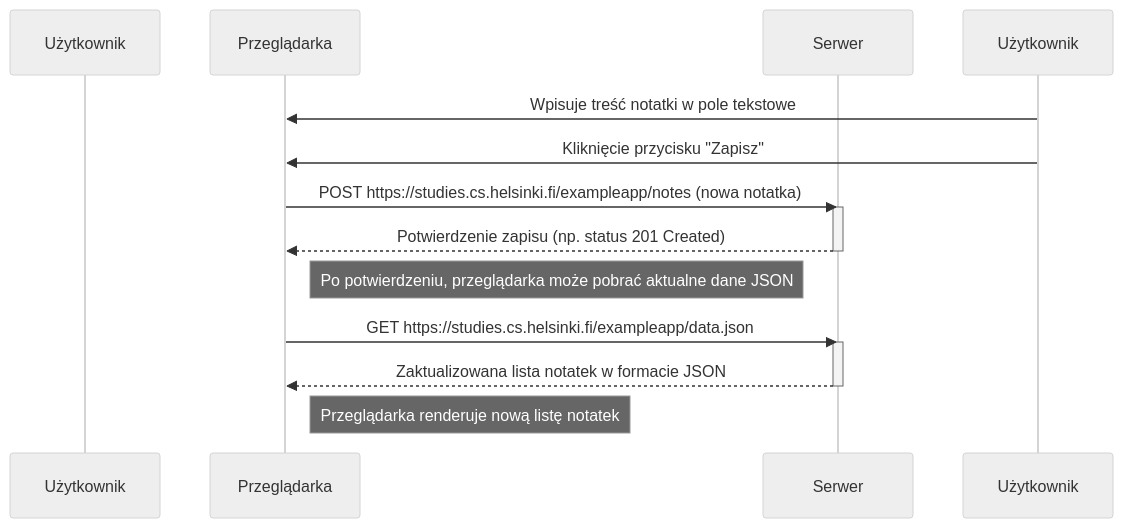
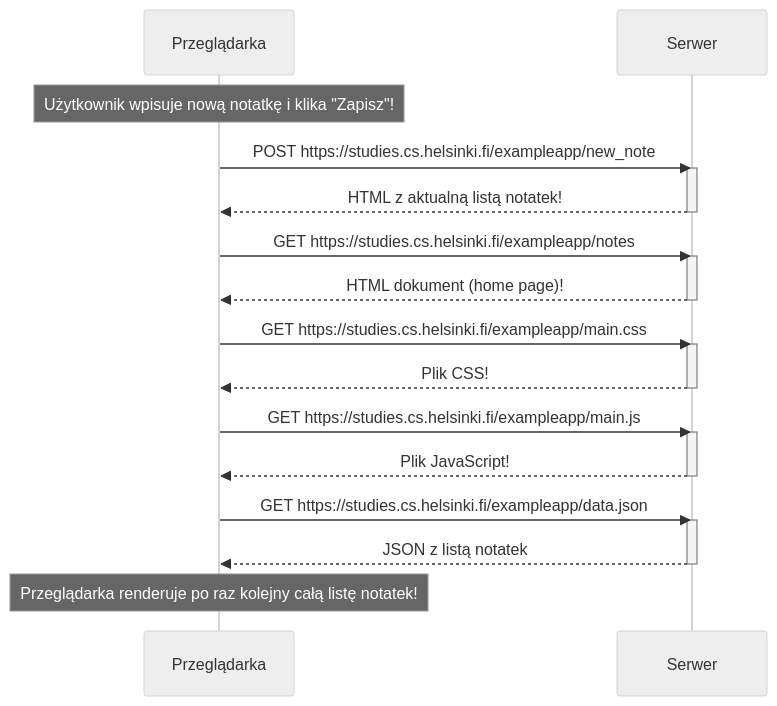
The diagram in Diagram0.4.mmd (Pjioterr/Taustyka), drawn with Mermaid (neutral theme) before and after one commit.

```diff
--- a/Diagram0.4.mmd
+++ b/Diagram0.4.mmd
@@ -1,19 +1,33 @@
 sequenceDiagram
-    participant User as Użytkownik
-    participant Browser as Przeglądarka
-    participant Server as Serwer
+    participant browser as Przeglądarka
+    participant server as Serwer
+    
 
-    Użytkownik->>Browser: Wpisuje treść notatki w pole tekstowe
-    Użytkownik->>Browser: Kliknięcie przycisku "Zapisz"
-    Browser->>Server: POST https://studies.cs.helsinki.fi/exampleapp/notes (nowa notatka)
-    activate Server
-    Server-->>Browser: Potwierdzenie zapisu (np. status 201 Created)
-    deactivate Server
+    Note over browser: Użytkownik wpisuje nową notatkę i klika "Zapisz"!
 
-    Note right of Browser: Po potwierdzeniu, przeglądarka może pobrać aktualne dane JSON
-    Browser->>Server: GET https://studies.cs.helsinki.fi/exampleapp/data.json
-    activate Server
-    Server-->>Browser: Zaktualizowana lista notatek w formacie JSON
-    deactivate Server
+    browser->>server: POST https://studies.cs.helsinki.fi/exampleapp/new_note
+    activate server
+    server-->>browser: HTML z aktualną listą notatek!
+    deactivate server
 
-    Note right of Browser: Przeglądarka renderuje nową listę notatek
+    browser->>server: GET https://studies.cs.helsinki.fi/exampleapp/notes
+    activate server
+    server-->>browser: HTML dokument (home page)!
+    deactivate server
+
+    browser->>server: GET https://studies.cs.helsinki.fi/exampleapp/main.css
+    activate server
+    server-->>browser: Plik CSS!
+    deactivate server
+
+    browser->>server: GET https://studies.cs.helsinki.fi/exampleapp/main.js
+    activate server
+    server-->>browser: Plik JavaScript!
+    deactivate server
+
+    browser->>server: GET https://studies.cs.helsinki.fi/exampleapp/data.json
+    activate server
+    server-->>browser: JSON z listą notatek
+    deactivate server
+
+    Note over browser: Przeglądarka renderuje po raz kolejny całą listę notatek!
```
